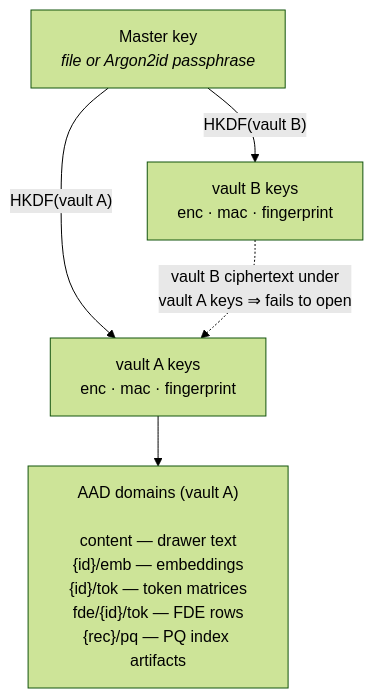
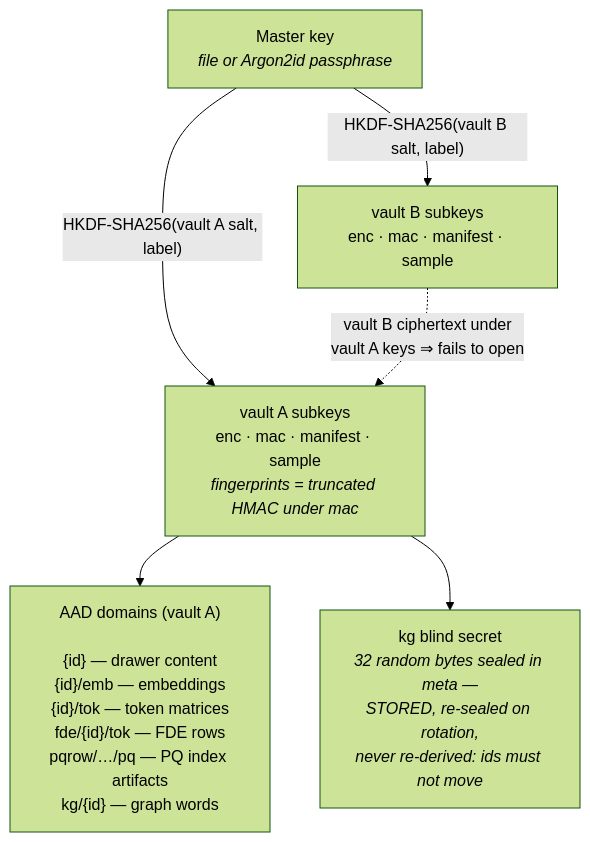
Before and after one commit to sealcroft/undercroft: the second of 4 diagrams in docs/architecture.md, drawn with Mermaid (forest theme). The commit also changed other lines of this file and 78 other files, not shown here.

First line of the commit message:
the three diagram sets described a different engine — audited against the code, corrected, and ten views added

````diff
--- a/docs/architecture.md
+++ b/docs/architecture.md
@@ -90,8 +104,9 @@
 ```mermaid
 flowchart TB
     master["Master key<br/><i>file or Argon2id passphrase</i>"]
-    master -- "HKDF(vault A)" --> ka["vault A keys<br/>enc · mac · fingerprint"]
-    master -- "HKDF(vault B)" --> kb["vault B keys<br/>enc · mac · fingerprint"]
-    ka --> doms["AAD domains (vault A)<br/><br/>content — drawer text<br/>{id}/emb — embeddings<br/>{id}/tok — token matrices<br/>fde/{id}/tok — FDE rows<br/>{rec}/pq — PQ index artifacts"]
+    master -- "HKDF-SHA256(vault A salt, label)" --> ka["vault A subkeys<br/>enc · mac · manifest · sample<br/><i>fingerprints = truncated HMAC under mac</i>"]
+    master -- "HKDF-SHA256(vault B salt, label)" --> kb["vault B subkeys<br/>enc · mac · manifest · sample"]
+    ka --> doms["AAD domains (vault A)<br/><br/>{id} — drawer content<br/>{id}/emb — embeddings<br/>{id}/tok — token matrices<br/>fde/{id}/tok — FDE rows<br/>pqrow/…/pq — PQ index artifacts<br/>kg/{id} — graph words"]
+    ka --> kgs["kg blind secret<br/><i>32 random bytes sealed in meta —<br/>STORED, re-sealed on rotation,<br/>never re-derived: ids must not move</i>"]
     kb -. "vault B ciphertext under<br/>vault A keys ⇒ fails to open" .-> ka
 ```
````
